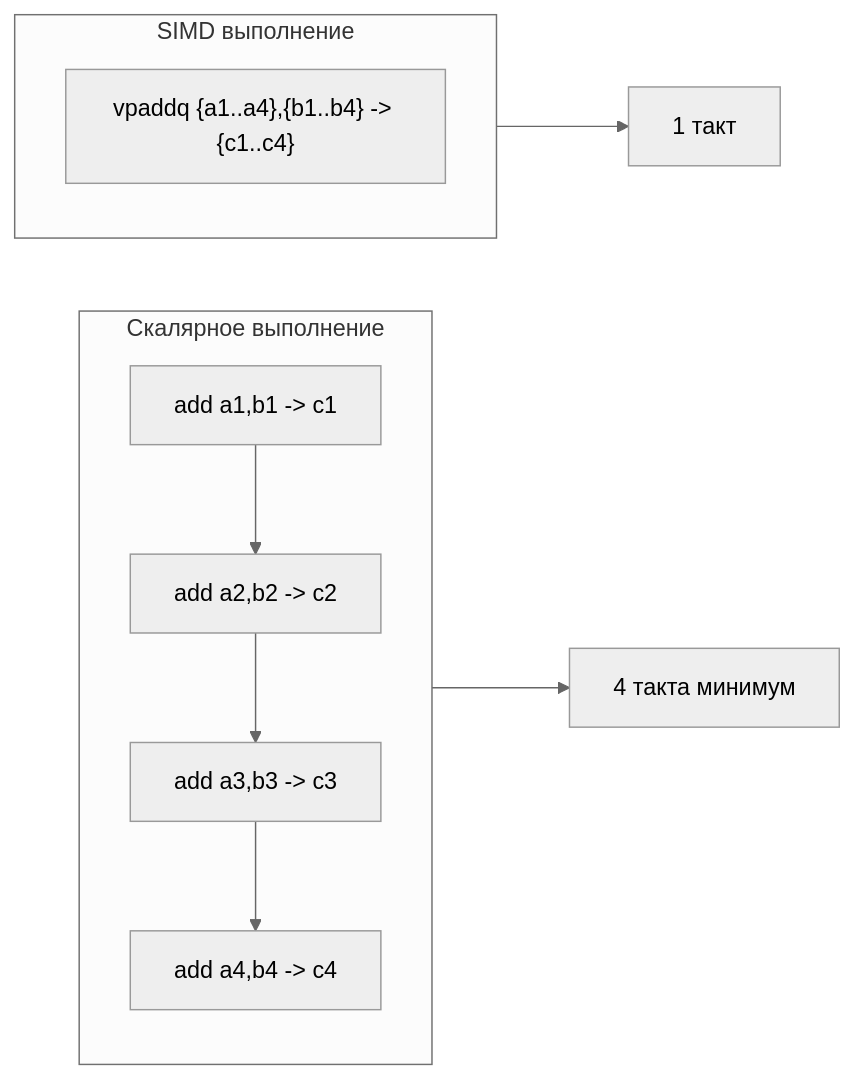
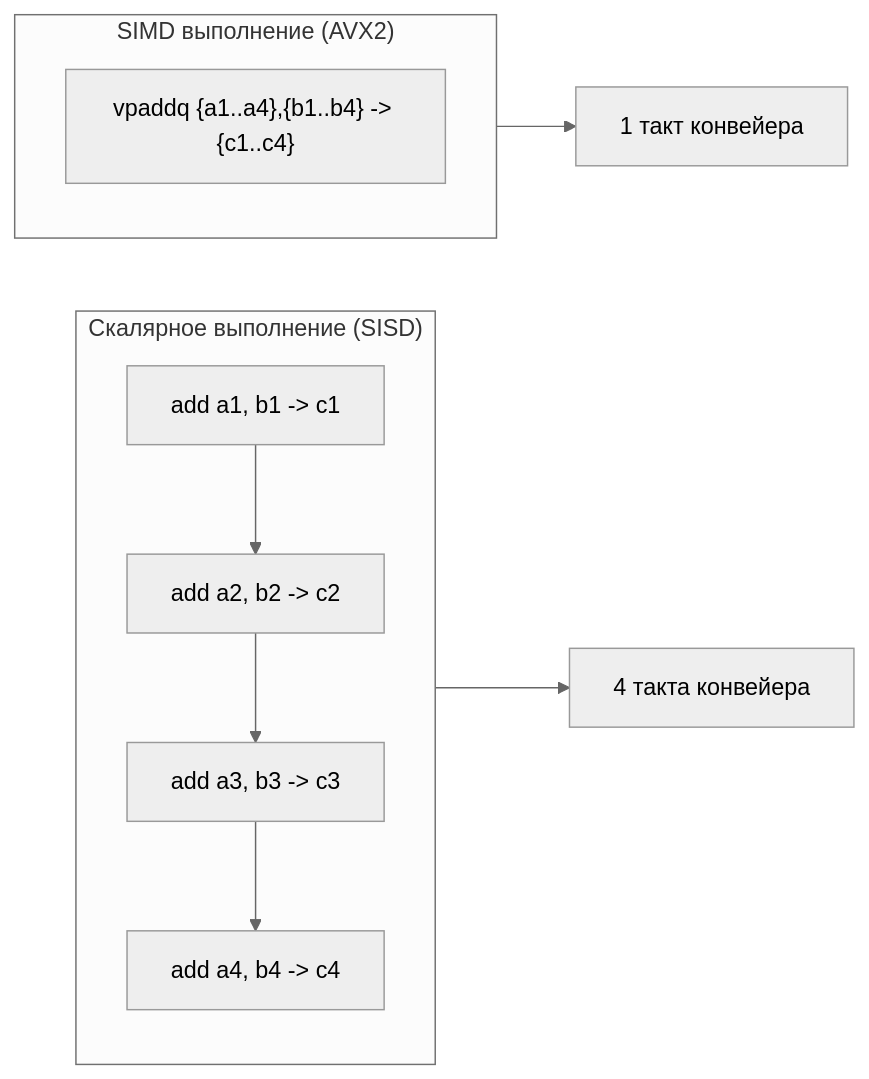
Before and after one commit to UnrealTemplier/go-textbook: the diagram in sources/16. Профилирование, отладка и производительность/03. CPU profiling/7. SIMD и Go.md, drawn with Mermaid (neutral theme). The commit also changed other lines of this file, not shown here.

Commit message:
feat(module-16): editorial rewrite of lecture 7 (SIMD и Go) in Subsection 03 in Kernighan style

````diff
--- a/sources/16. Профилирование, отладка и производительность/03. CPU profiling/7. SIMD и Go.md
+++ b/sources/16. Профилирование, отладка и производительность/03. CPU profiling/7. SIMD и Go.md
@@ -21,11 +65,11 @@
 ```mermaid
 flowchart LR
-    subgraph Scalar["Скалярное выполнение"]
-        S1["add a1,b1 -> c1"] --> S2["add a2,b2 -> c2"] --> S3["add a3,b3 -> c3"] --> S4["add a4,b4 -> c4"]
+    subgraph Scalar["Скалярное выполнение (SISD)"]
+        S1["add a1, b1 -> c1"] --> S2["add a2, b2 -> c2"] --> S3["add a3, b3 -> c3"] --> S4["add a4, b4 -> c4"]
     end
-    subgraph SIMD["SIMD выполнение"]
+    subgraph SIMD["SIMD выполнение (AVX2)"]
         SIMD1["vpaddq {a1..a4},{b1..b4} -> {c1..c4}"]
     end
-    Scalar --> TimeScalar["4 такта минимум"]
-    SIMD --> TimeSIMD["1 такт"]
+    Scalar --> TimeScalar["4 такта конвейера"]
+    SIMD --> TimeSIMD["1 такт конвейера"]
 ```
````
